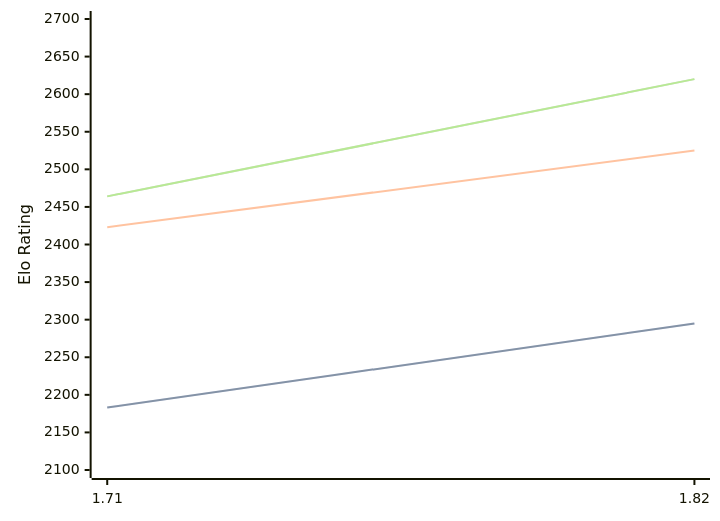
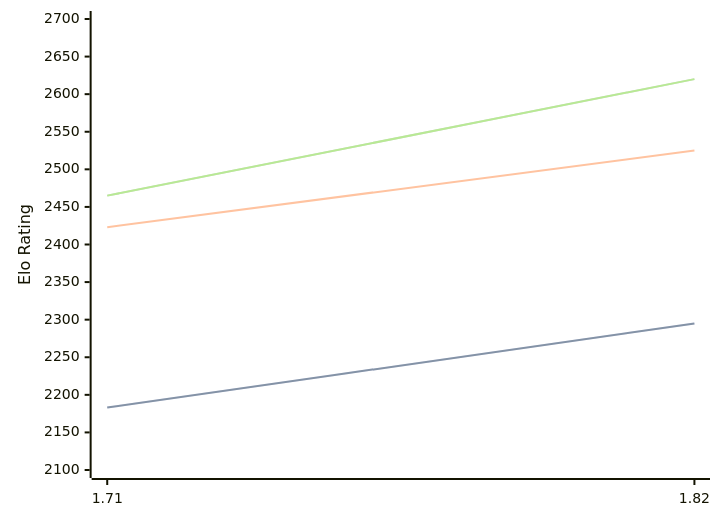
The diagram in engines/Amira.md (computer-chess-index/cci), drawn with Mermaid before and after one commit. The commit also changed other lines of this file, not shown here.

Commit message:
Update CCI Ratings (ELO VLTC) - 2026-05-22

````diff
--- a/engines/Amira.md
+++ b/engines/Amira.md
@@ -35,11 +35,11 @@
 ```mermaid
 %%{init: {"theme":"base","themeVariables":{"seriesColors:['#a3a3a3','#222221','#faa371']}}}%%
 xychart-beta
   x-axis ["1.71", "1.82"]
   y-axis "Elo Rating" 2100 --> 2700
   line "STC (8.0+0.08s)" [2183, 2295]
   line "STC (8.0+0.08s)" [2183, 2295]
   line "LTC (60.0+0.60s)" [2423, 2525]
-  line "VLTC (2m24s+1.12s)" [2464, 2620]
-  line "VLTC (2m24s+1.12s)" [2464, 2620]
+  line "VLTC (2m24s+1.12s)" [2465, 2620]
+  line "VLTC (2m24s+1.12s)" [2465, 2620]
 ```
````
